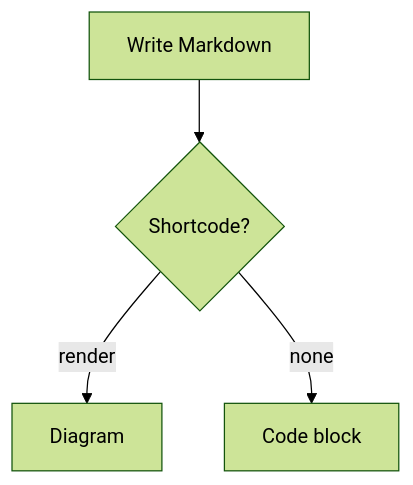
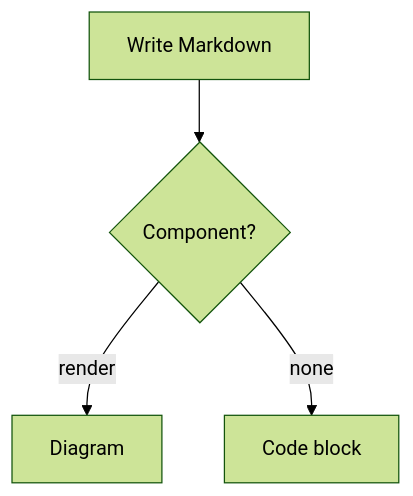
The diagram in content/posts/externals.md (gauthamchettiar/zola-yolk), drawn with Mermaid (forest theme) before and after one commit. The commit also changed other lines of this file and 60 other files, not shown here.

````diff
--- a/content/posts/externals.md
+++ b/content/posts/externals.md
@@ -45,6 +41,6 @@
 ```mermaid
 graph TD
-  A[Write Markdown] --> B{Shortcode?}
+  A[Write Markdown] --> B{Component?}
   B -->|render| C[Diagram]
   B -->|none| D[Code block]
 ```
````
